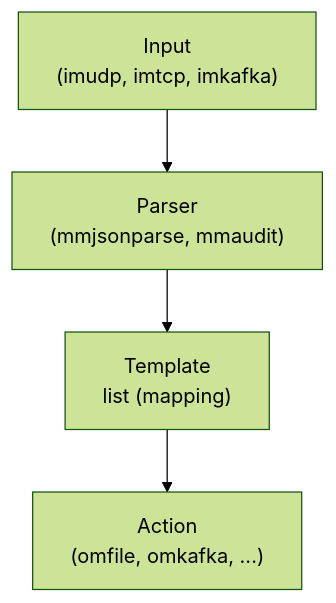
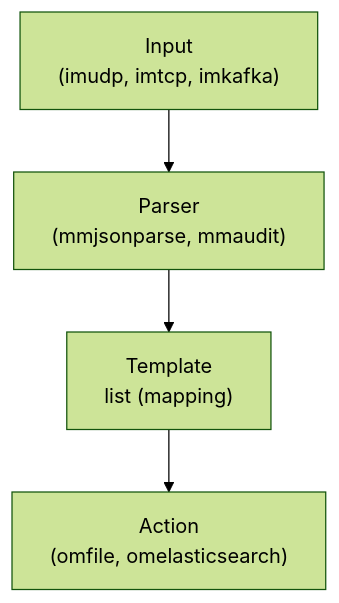
One commit to rsyslog/rsyslog changed the first of 2 diagrams in doc/source/reference/templates/templates-type-list.rst. Above: the diagram before and after it, drawn with Mermaid (forest theme). The commit also changed other lines of this file and 1 other file, not shown here.

```diff
--- a/doc/source/reference/templates/templates-type-list.rst
+++ b/doc/source/reference/templates/templates-type-list.rst
@@ -51,8 +53,8 @@
 .. mermaid::
 
    flowchart TD
       A["Input<br>(imudp, imtcp, imkafka)"]
       B["Parser<br>(mmjsonparse, mmaudit)"]
       C["Template<br>list (mapping)"]
-      D["Action<br>(omfile, omkafka, ...)"]
+      D["Action<br>(omfile, omelasticsearch)"]
       A --> B --> C --> D
```
